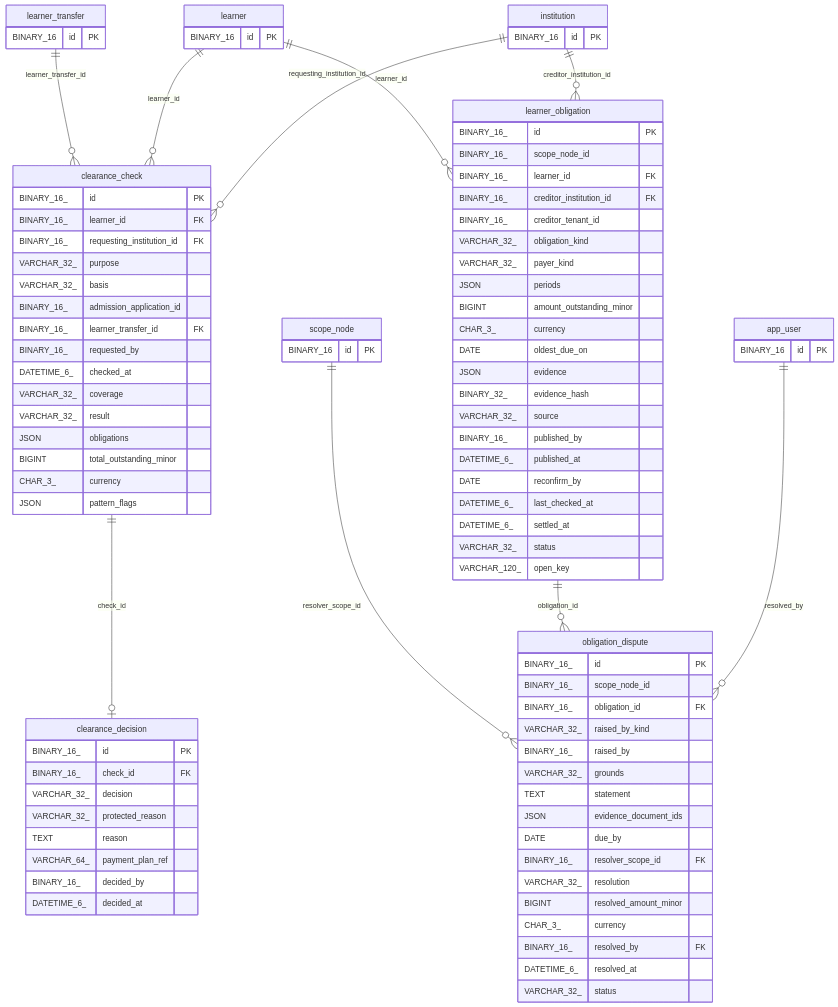
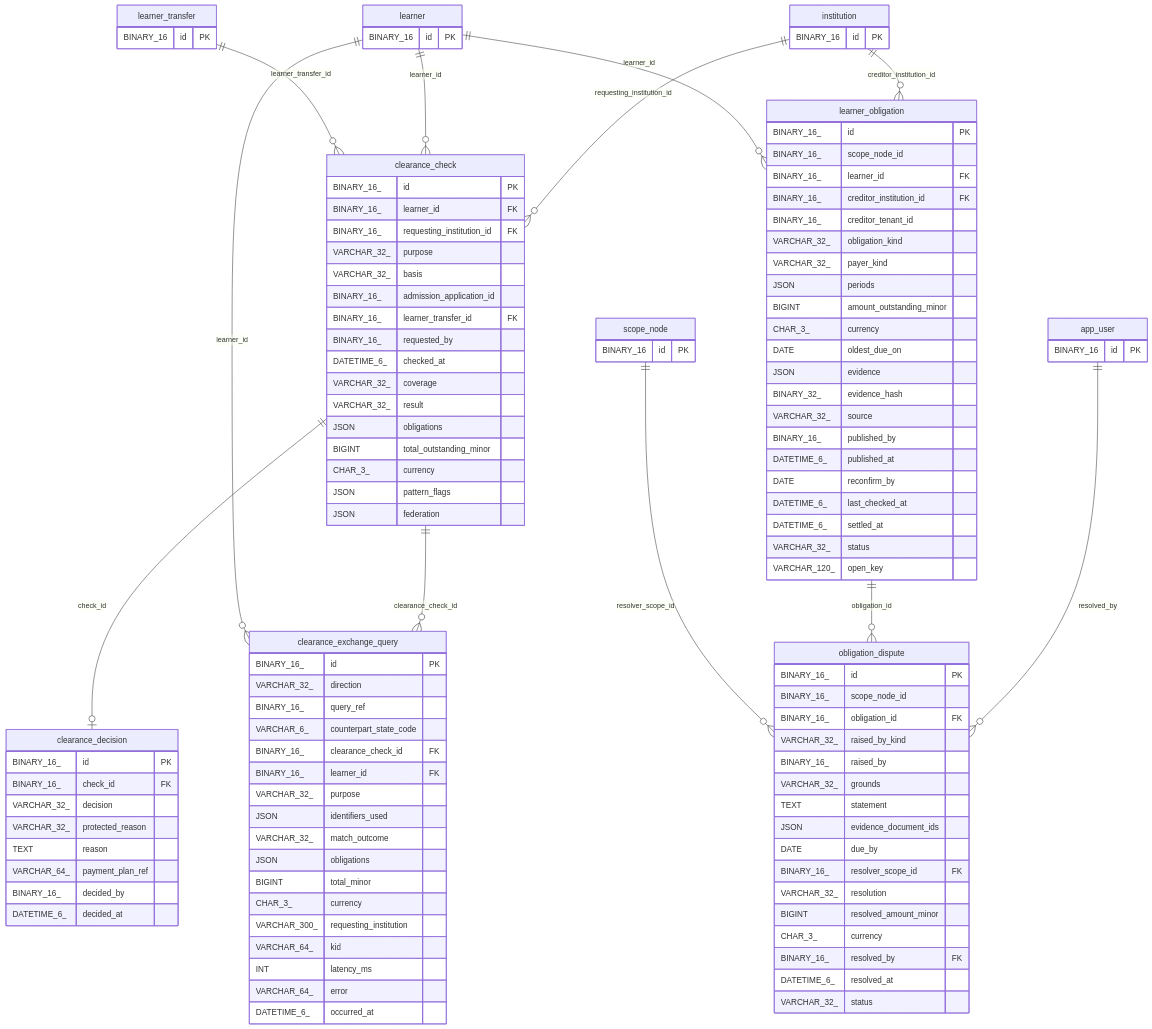
Before and after one commit to HIHGRP/syntegra: the diagram in ceda/generated/erd/32_fee_clearance.mmd, drawn with Mermaid. The commit also changed 62 other files, not shown here.

First line of the commit message:
WIP CR-002: national clearance network (federation engine, exchange API, network page, tests)

```diff
--- a/ceda/generated/erd/32_fee_clearance.mmd
+++ b/ceda/generated/erd/32_fee_clearance.mmd
@@ -1,93 +1,115 @@
 erDiagram
     learner_obligation {
         BINARY_16_ id PK
         BINARY_16_ scope_node_id
         BINARY_16_ learner_id FK
         BINARY_16_ creditor_institution_id FK
         BINARY_16_ creditor_tenant_id
         VARCHAR_32_ obligation_kind
         VARCHAR_32_ payer_kind
         JSON periods
         BIGINT amount_outstanding_minor
         CHAR_3_ currency
         DATE oldest_due_on
         JSON evidence
         BINARY_32_ evidence_hash
         VARCHAR_32_ source
         BINARY_16_ published_by
         DATETIME_6_ published_at
         DATE reconfirm_by
         DATETIME_6_ last_checked_at
         DATETIME_6_ settled_at
         VARCHAR_32_ status
         VARCHAR_120_ open_key
     }
     obligation_dispute {
         BINARY_16_ id PK
         BINARY_16_ scope_node_id
         BINARY_16_ obligation_id FK
         VARCHAR_32_ raised_by_kind
         BINARY_16_ raised_by
         VARCHAR_32_ grounds
         TEXT statement
         JSON evidence_document_ids
         DATE due_by
         BINARY_16_ resolver_scope_id FK
         VARCHAR_32_ resolution
         BIGINT resolved_amount_minor
         CHAR_3_ currency
         BINARY_16_ resolved_by FK
         DATETIME_6_ resolved_at
         VARCHAR_32_ status
     }
     clearance_check {
         BINARY_16_ id PK
         BINARY_16_ learner_id FK
         BINARY_16_ requesting_institution_id FK
         VARCHAR_32_ purpose
         VARCHAR_32_ basis
         BINARY_16_ admission_application_id
         BINARY_16_ learner_transfer_id FK
         BINARY_16_ requested_by
         DATETIME_6_ checked_at
         VARCHAR_32_ coverage
         VARCHAR_32_ result
         JSON obligations
         BIGINT total_outstanding_minor
         CHAR_3_ currency
         JSON pattern_flags
+        JSON federation
     }
     clearance_decision {
         BINARY_16_ id PK
         BINARY_16_ check_id FK
         VARCHAR_32_ decision
         VARCHAR_32_ protected_reason
         TEXT reason
         VARCHAR_64_ payment_plan_ref
         BINARY_16_ decided_by
         DATETIME_6_ decided_at
+    }
+    clearance_exchange_query {
+        BINARY_16_ id PK
+        VARCHAR_32_ direction
+        BINARY_16_ query_ref
+        VARCHAR_6_ counterpart_state_code
+        BINARY_16_ clearance_check_id FK
+        BINARY_16_ learner_id FK
+        VARCHAR_32_ purpose
+        JSON identifiers_used
+        VARCHAR_32_ match_outcome
+        JSON obligations
+        BIGINT total_minor
+        CHAR_3_ currency
+        VARCHAR_300_ requesting_institution
+        VARCHAR_64_ kid
+        INT latency_ms
+        VARCHAR_64_ error
+        DATETIME_6_ occurred_at
     }
     app_user {
         BINARY_16 id PK
     }
     institution {
         BINARY_16 id PK
     }
     learner {
         BINARY_16 id PK
     }
     learner_transfer {
         BINARY_16 id PK
     }
     scope_node {
         BINARY_16 id PK
     }
     app_user ||--o{ obligation_dispute : "resolved_by"
+    clearance_check ||--o{ clearance_exchange_query : "clearance_check_id"
     clearance_check ||--o| clearance_decision : "check_id"
     institution ||--o{ clearance_check : "requesting_institution_id"
     institution ||--o{ learner_obligation : "creditor_institution_id"
     learner ||--o{ clearance_check : "learner_id"
+    learner ||--o{ clearance_exchange_query : "learner_id"
     learner ||--o{ learner_obligation : "learner_id"
     learner_obligation ||--o{ obligation_dispute : "obligation_id"
     learner_transfer ||--o{ clearance_check : "learner_transfer_id"
     scope_node ||--o{ obligation_dispute : "resolver_scope_id"
```
